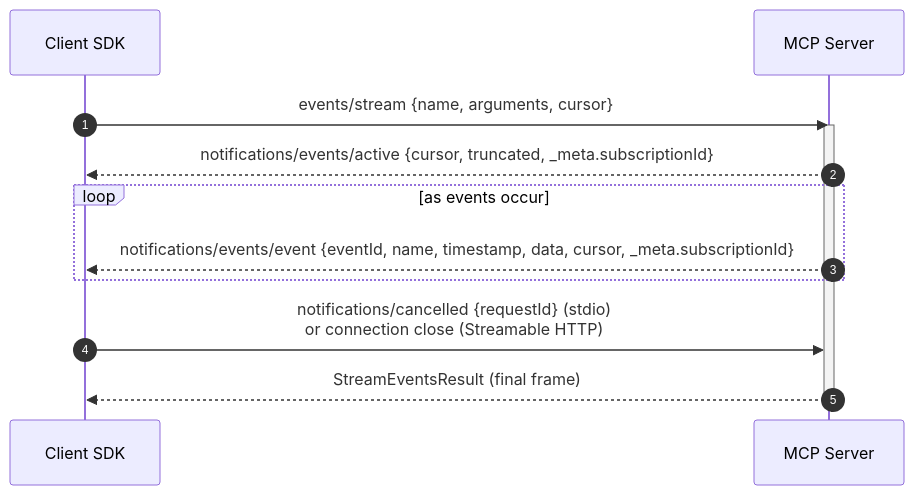
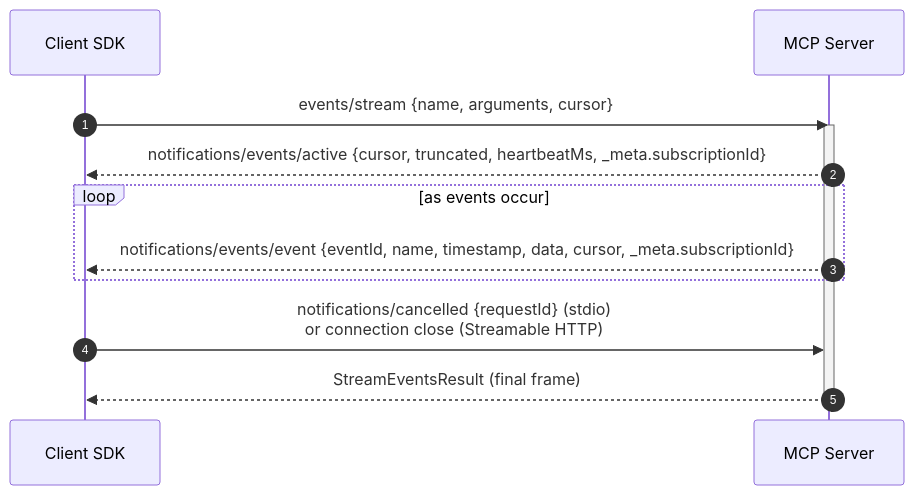
Before and after one commit to modelcontextprotocol/modelcontextprotocol: the second of 4 diagrams in seps/0000-events-extension.md, drawn with Mermaid. The commit also changed other lines of this file, not shown here.

First line of the commit message:
SEP-3415: negotiate the push heartbeat interval

````diff
--- a/seps/0000-events-extension.md
+++ b/seps/0000-events-extension.md
@@ -316,16 +316,16 @@
 ```mermaid
 sequenceDiagram
     autonumber
     participant SDK as Client SDK
     participant Server as MCP Server
 
     SDK->>Server: events/stream {name, arguments, cursor}
     activate Server
-    Server-->>SDK: notifications/events/active {cursor, truncated, _meta.subscriptionId}
+    Server-->>SDK: notifications/events/active {cursor, truncated, heartbeatMs, _meta.subscriptionId}
     loop as events occur
         Server-->>SDK: notifications/events/event {eventId, name, timestamp, data, cursor, _meta.subscriptionId}
     end
     SDK->>Server: notifications/cancelled {requestId} (stdio)<br/>or connection close (Streamable HTTP)
     Server-->>SDK: StreamEventsResult (final frame)
     deactivate Server
 ```
````
